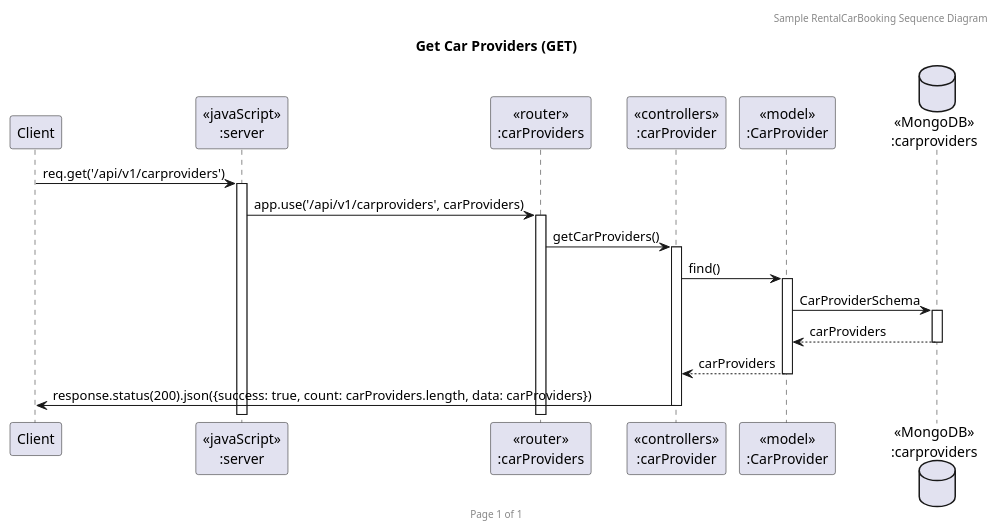
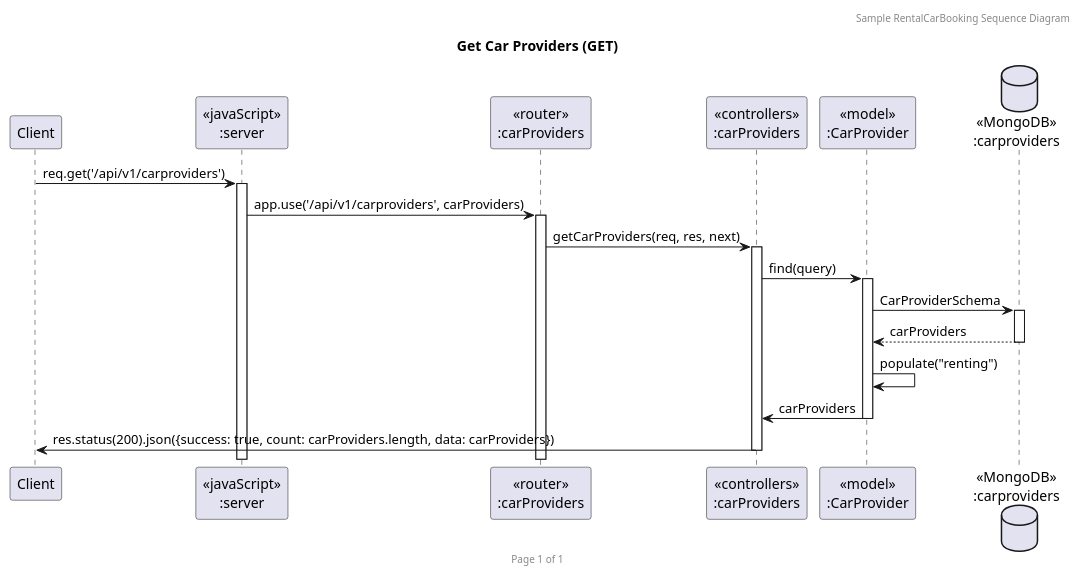
One commit to 2110503TACEDT66/presentation-day-1-yenkor changed the diagram in UML/SequenceDiagram/CarProvider/getCarProviders.puml. Above: the diagram before and after it, drawn with PlantUML. The commit also changed 4 other files, not shown here.

Commit message:
Modify car provider sequence diagram

```diff
--- a/UML/SequenceDiagram/CarProvider/getCarProviders.puml
+++ b/UML/SequenceDiagram/CarProvider/getCarProviders.puml
@@ -1,23 +1,25 @@
 @startuml Get Car Providers (GET)
 
 header Sample RentalCarBooking Sequence Diagram
 footer Page %page% of %lastpage%
 title "Get Car Providers (GET)"
 
 participant "Client" as client
 participant "<<javaScript>>\n:server" as server
 participant "<<router>>\n:carProviders" as routerCarProvider
-participant "<<controllers>>\n:carProvider" as controllersCarProvider
+participant "<<controllers>>\n:carProviders" as controllersCarProvider
 participant "<<model>>\n:CarProvider" as modelCarProvider
 database "<<MongoDB>>\n:carproviders" as CarProviderDatabase
 
 client->server ++:req.get('/api/v1/carproviders')
 server->routerCarProvider ++:app.use('/api/v1/carproviders', carProviders)
-routerCarProvider -> controllersCarProvider ++: getCarProviders()
-controllersCarProvider->modelCarProvider ++: find()
+routerCarProvider -> controllersCarProvider ++: getCarProviders(req, res, next)
+controllersCarProvider->modelCarProvider ++: find(query)
 modelCarProvider ->CarProviderDatabase ++: CarProviderSchema
 CarProviderDatabase --> modelCarProvider --: carProviders
-controllersCarProvider <-- modelCarProvider --: carProviders
-controllersCarProvider->client --: response.status(200).json({success: true, count: carProviders.length, data: carProviders})
+modelCarProvider -> modelCarProvider : populate("renting")
+controllersCarProvider <- modelCarProvider --: carProviders
+
+controllersCarProvider->client --: res.status(200).json({success: true, count: carProviders.length, data: carProviders})
 
 @enduml
```
